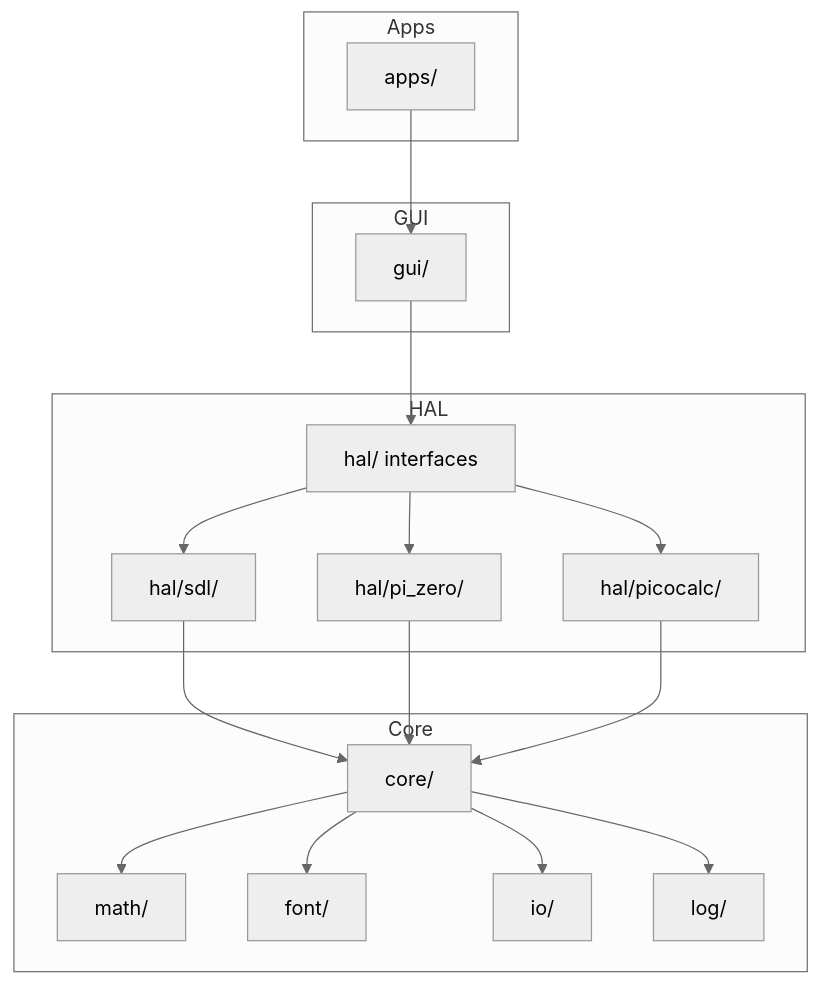
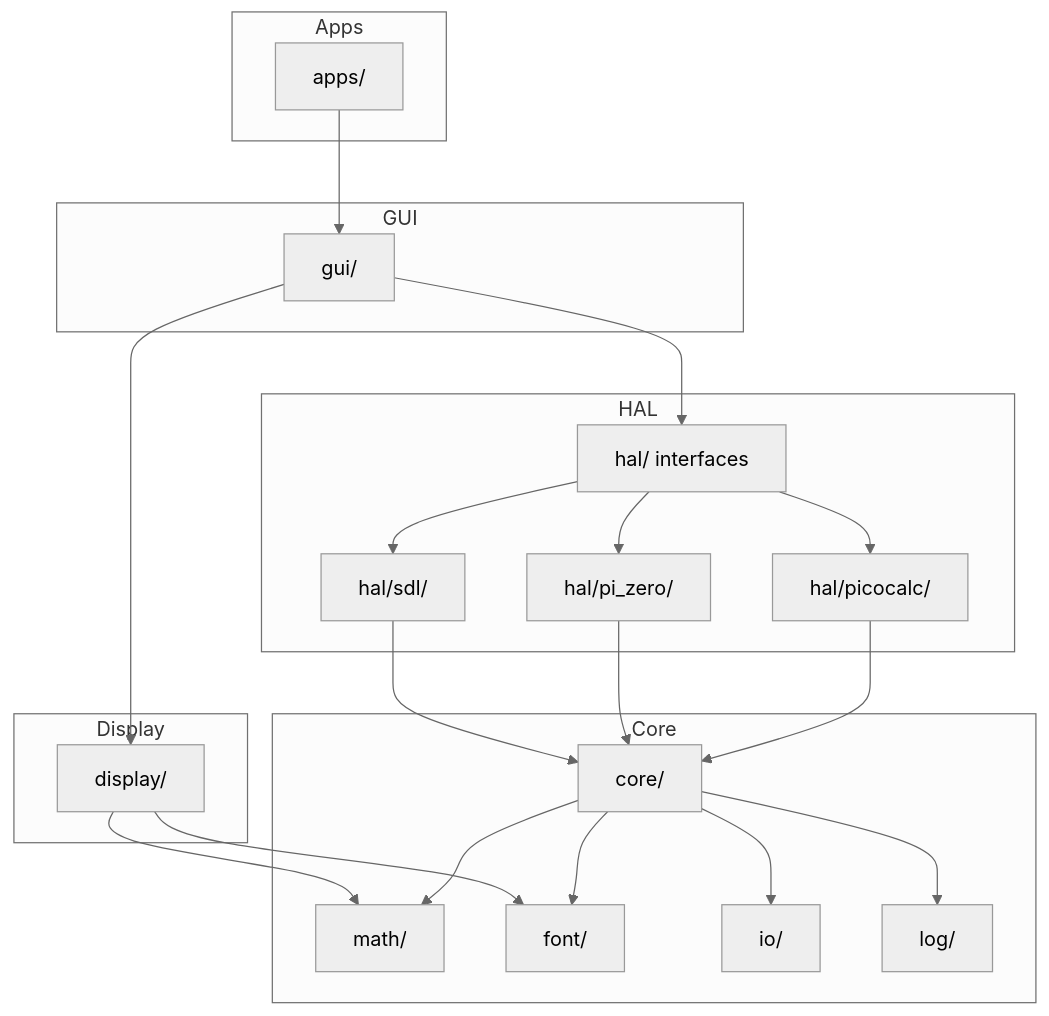
Before and after one commit to marvins/kbd_calc: the diagram in docs/architecture.md, drawn with Mermaid (neutral theme). The commit also changed other lines of this file and 28 other files, not shown here.

````diff
--- a/docs/architecture.md
+++ b/docs/architecture.md
@@ -26,38 +67,45 @@
 ```mermaid
 graph TB
     subgraph Apps
         A[apps/]
     end
 
     subgraph GUI
         B[gui/]
+    end
+
+    subgraph Display
+        DISP[display/]
     end
 
     subgraph HAL
         C[hal/ interfaces]
         D[hal/sdl/]
         E[hal/pi_zero/]
         F[hal/picocalc/]
     end
 
     subgraph Core
         G[core/]
         H[math/]
         I[font/]
         J[io/]
         K[log/]
     end
 
     A --> B
+    B --> DISP
     B --> C
+    DISP --> H
+    DISP --> I
     C --> D
     C --> E
     C --> F
     D --> G
     E --> G
     F --> G
     G --> H
     G --> I
     G --> J
     G --> K
 ```
````
